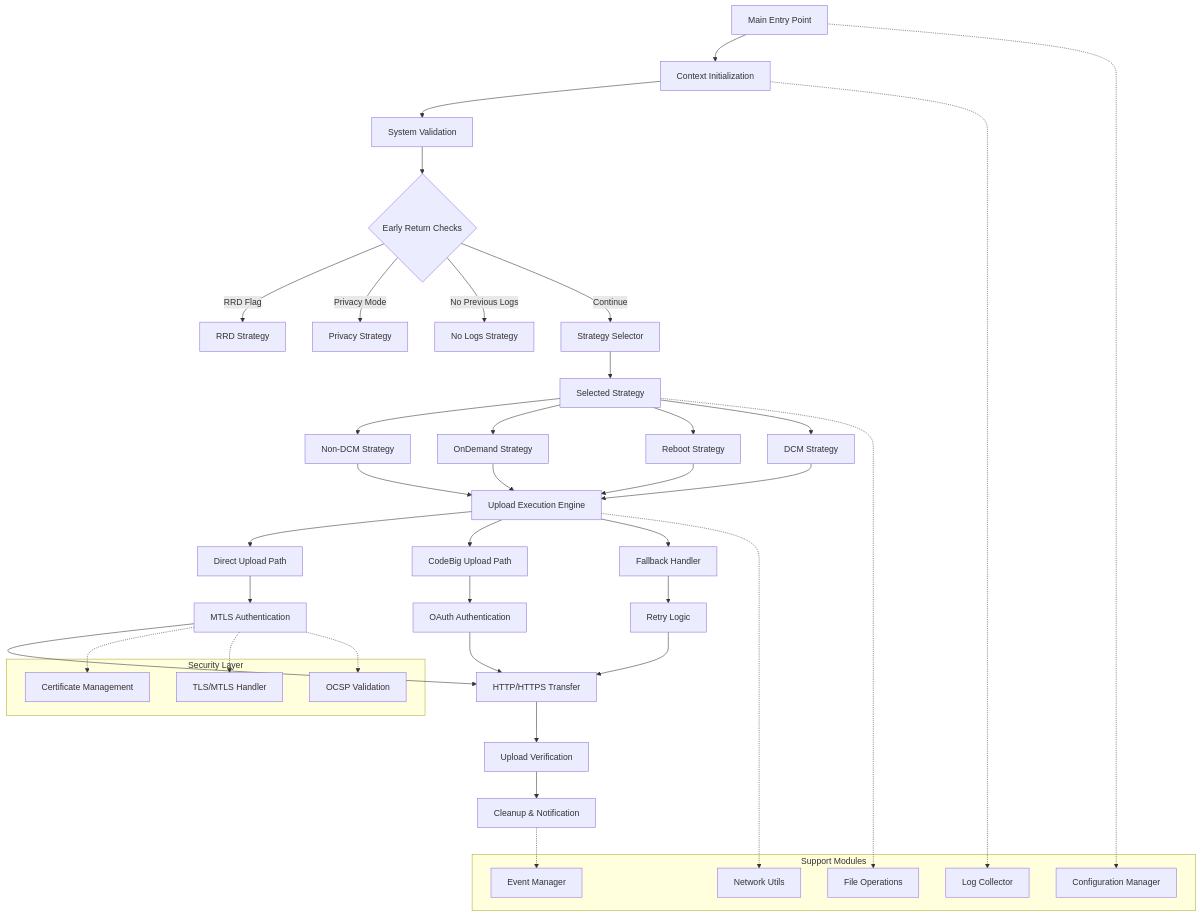
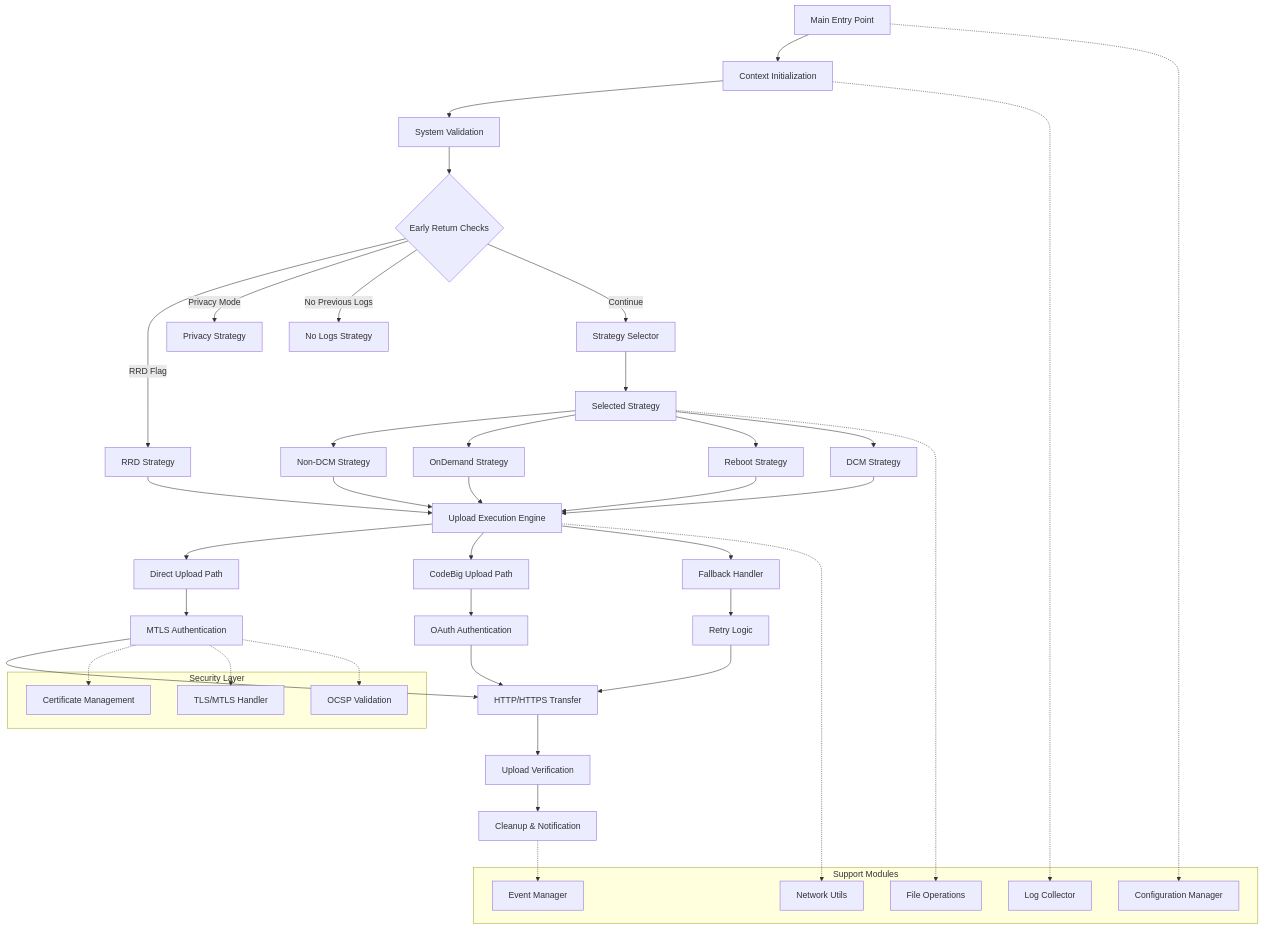
Before and after one commit to rdkcentral/dcm-agent: the first of 3 diagrams in logup.md, drawn with Mermaid.

````diff
--- a/logup.md
+++ b/logup.md
@@ -67,62 +67,65 @@
 ```mermaid
 graph TB
     A[Main Entry Point] --> B[Context Initialization]
     B --> C[System Validation]
     C --> D{Early Return Checks}
     
     D -->|RRD Flag| E[RRD Strategy]
     D -->|Privacy Mode| F[Privacy Strategy]
     D -->|No Previous Logs| G[No Logs Strategy]
     D -->|Continue| H[Strategy Selector]
     
     H --> I[Selected Strategy]
     
     I --> J[Non-DCM Strategy]
     I --> K[OnDemand Strategy]
     I --> L[Reboot Strategy]
     I --> M[DCM Strategy]
     
     J --> N[Upload Execution Engine]
     K --> N
     L --> N
     M --> N
     
+    %% UPDATED: RRD STRATEGY CONNECTS TO N
+    E --> N
+
     N --> O[Direct Upload Path]
     N --> P[CodeBig Upload Path]
     N --> Q[Fallback Handler]
     
     O --> R[MTLS Authentication]
     P --> S[OAuth Authentication]
     Q --> T[Retry Logic]
     
     R --> U[HTTP/HTTPS Transfer]
     S --> U
     T --> U
     
     U --> V[Upload Verification]
     V --> W[Cleanup & Notification]
     
     subgraph "Support Modules"
         X[Configuration Manager]
         Y[Log Collector]
         Z[File Operations]
         AA[Network Utils]
         BB[Event Manager]
     end
     
     subgraph "Security Layer"
         CC[Certificate Management]
         DD[TLS/MTLS Handler]
         EE[OCSP Validation]
     end
     
     A -.-> X
     B -.-> Y
     I -.-> Z
     N -.-> AA
     W -.-> BB
     
     R -.-> CC
     R -.-> DD
     R -.-> EE
 ```
````
